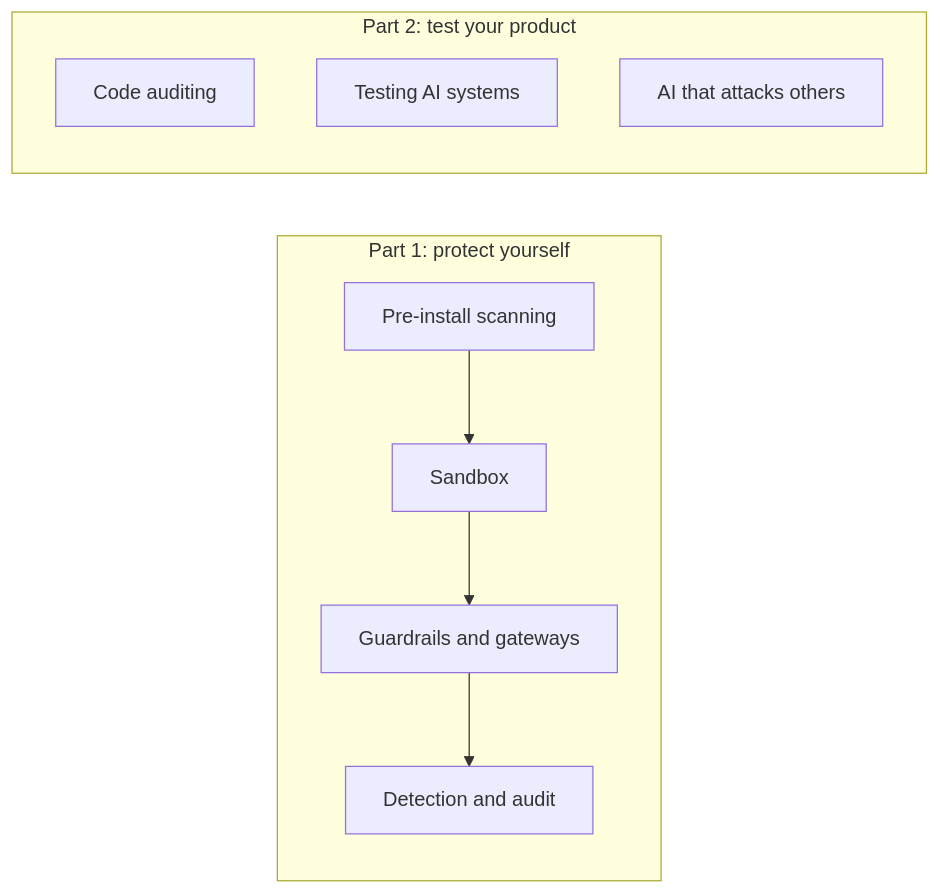
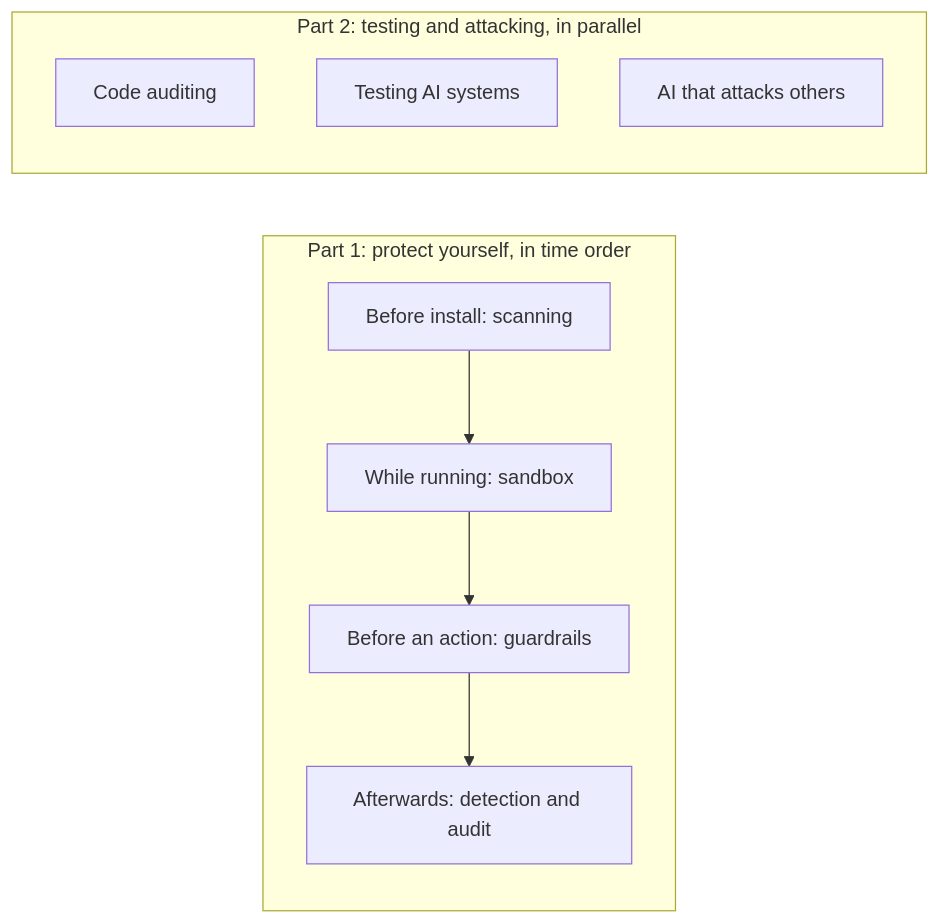
The diagram in src/content/posts/ai/2026-10-24-ai-agent-security-tooling-map-en.md (vincentxuu/quidproquo), drawn with Mermaid before and after one commit. The commit also changed other lines of this file and 6 other files, not shown here.

First line of the commit message:
post(ai): 依獨立審稿修正 AI Agent 資安工具地圖 order 0–1（仍為草稿）

````diff
--- a/src/content/posts/ai/2026-10-24-ai-agent-security-tooling-map-en.md
+++ b/src/content/posts/ai/2026-10-24-ai-agent-security-tooling-map-en.md
@@ -39,11 +41,11 @@
 ```mermaid
 flowchart LR
-  subgraph A[Part 1: protect yourself]
-    A1[Pre-install scanning] --> A2[Sandbox] --> A3[Guardrails and gateways] --> A4[Detection and audit]
+  subgraph A[Part 1: protect yourself, in time order]
+    A1[Before install: scanning] --> A2[While running: sandbox] --> A3[Before an action: guardrails] --> A4[Afterwards: detection and audit]
   end
-  subgraph B[Part 2: test your product]
+  subgraph B[Part 2: testing and attacking, in parallel]
     B1[Code auditing]
     B2[Testing AI systems]
     B3[AI that attacks others]
   end
 ```
````
